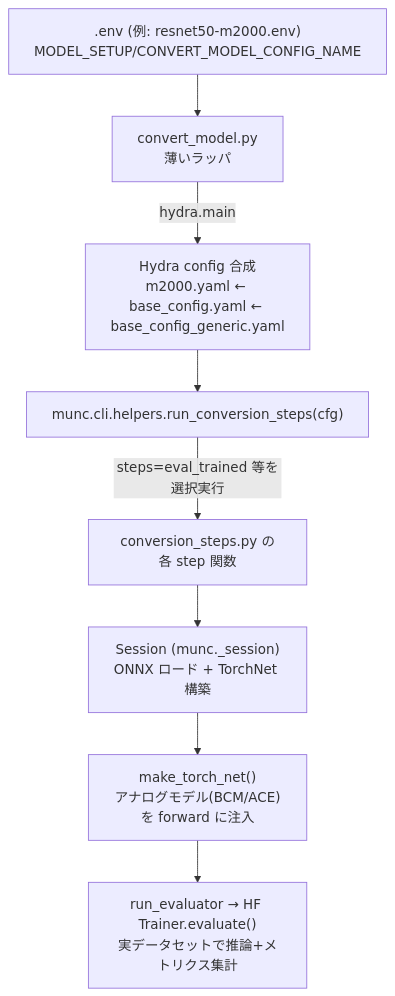
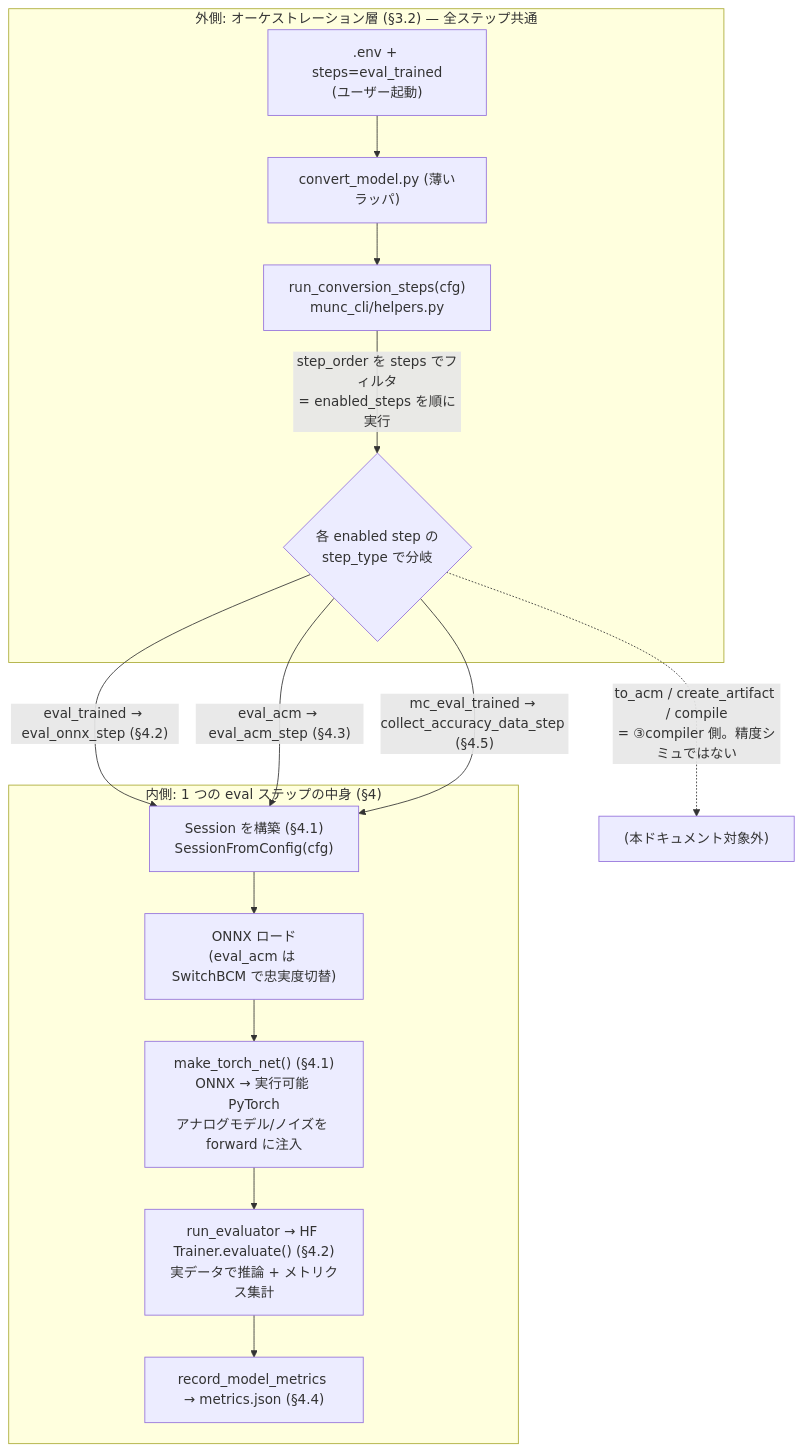
The diagram in doc/reverse-engineering/03_accuracy_simulation.md (ktoshima99/mythic-sdk-exploration), drawn with Mermaid before and after one commit. The commit also changed other lines of this file, not shown here.

First line of the commit message:
Rewrite accuracy simulation doc for clarity

````diff
--- a/doc/reverse-engineering/03_accuracy_simulation.md
+++ b/doc/reverse-engineering/03_accuracy_simulation.md
@@ -57,10 +81,20 @@
 ```mermaid
 flowchart TD
-    ENV[".env (例: resnet50-m2000.env)<br/>MODEL_SETUP/CONVERT_MODEL_CONFIG_NAME"] --> CM[convert_model.py<br/>薄いラッパ]
-    CM -->|hydra.main| CFG["Hydra config 合成<br/>m2000.yaml ← base_config.yaml ← base_config_generic.yaml"]
-    CFG --> RCS["munc.cli.helpers.run_conversion_steps(cfg)"]
-    RCS -->|steps=eval_trained 等を選択実行| STEP["conversion_steps.py の各 step 関数"]
-    STEP --> SESS["Session (munc._session)<br/>ONNX ロード + TorchNet 構築"]
-    SESS --> TN["make_torch_net()<br/>アナログモデル(BCM/ACE)を forward に注入"]
-    TN --> EVAL["run_evaluator → HF Trainer.evaluate()<br/>実データセットで推論+メトリクス集計"]
+    subgraph OUTER["外側: オーケストレーション層 (§3.2) — 全ステップ共通"]
+        ENV[".env + steps=eval_trained<br/>(ユーザー起動)"] --> CM["convert_model.py (薄いラッパ)"]
+        CM --> RCS["run_conversion_steps(cfg)<br/>munc_cli/helpers.py"]
+        RCS -->|"step_order を steps でフィルタ<br/>= enabled_steps を順に実行"| PICK{"各 enabled step の<br/>step_type で分岐"}
+    end
+
+    PICK -->|"eval_trained → eval_onnx_step (§4.2)"| INNER
+    PICK -->|"eval_acm → eval_acm_step (§4.3)"| INNER
+    PICK -->|"mc_eval_trained → collect_accuracy_data_step (§4.5)"| INNER
+    PICK -.->|"to_acm / create_artifact / compile<br/>= ③compiler 側。精度シミュではない"| SKIP["(本ドキュメント対象外)"]
+
+    subgraph INNERBOX["内側: 1 つの eval ステップの中身 (§4)"]
+        INNER["Session を構築 (§4.1)<br/>SessionFromConfig(cfg)"] --> SESS["ONNX ロード<br/>(eval_acm は SwitchBCM で忠実度切替)"]
+        SESS --> TN["make_torch_net() (§4.1)<br/>ONNX → 実行可能 PyTorch<br/>アナログモデル/ノイズを forward に注入"]
+        TN --> EVAL["run_evaluator → HF Trainer.evaluate() (§4.2)<br/>実データで推論 + メトリクス集計"]
+        EVAL --> OUT["record_model_metrics → metrics.json (§4.4)"]
+    end
 ```
````
